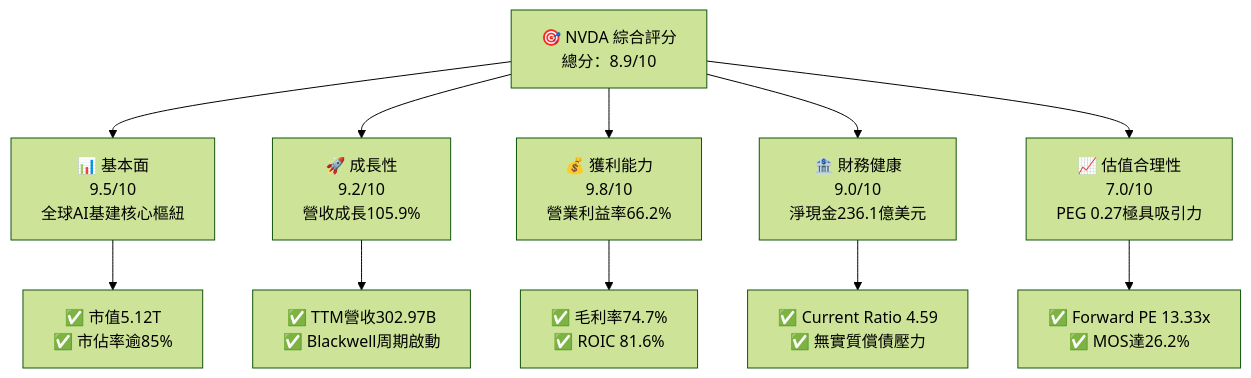
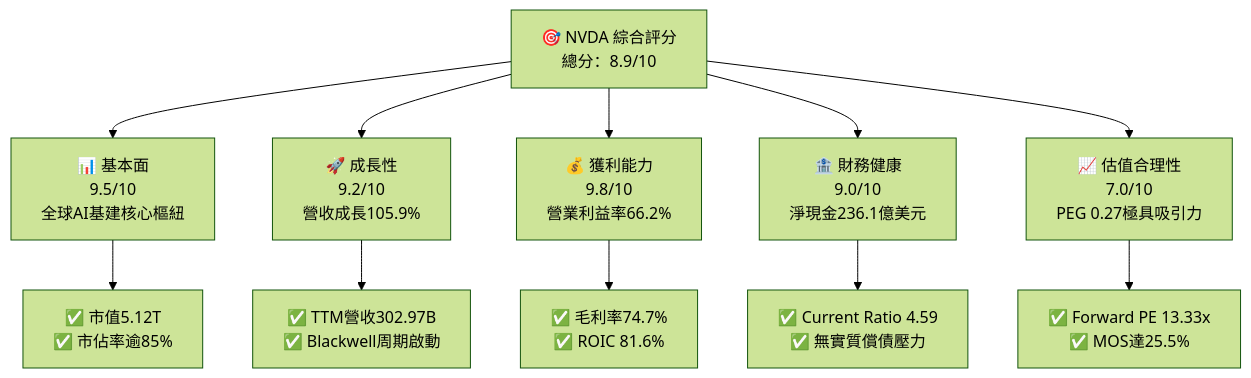
Before and after one commit to yennanliu/finance_data: the first of 15 diagrams in ai_gen_report/fundamental/nvda/fundamental_analysis_2026-10-22_gemini.md, drawn with Mermaid (forest theme). The commit also changed other lines of this file and 339 other files, not shown here.

````diff
--- a/ai_gen_report/fundamental/nvda/fundamental_analysis_2026-10-22_gemini.md
+++ b/ai_gen_report/fundamental/nvda/fundamental_analysis_2026-10-22_gemini.md
@@ -58,22 +65,22 @@
 ```mermaid
 graph TD
     TICKER["🎯 NVDA 綜合評分<br/>總分：8.9/10"]
 
     F["📊 基本面<br/>9.5/10<br/>全球AI基建核心樞紐"]
     G["🚀 成長性<br/>9.2/10<br/>營收成長105.9%"]
     P["💰 獲利能力<br/>9.8/10<br/>營業利益率66.2%"]
     B["🏦 財務健康<br/>9.0/10<br/>淨現金236.1億美元"]
     V["📈 估值合理性<br/>7.0/10<br/>PEG 0.27極具吸引力"]
 
     TICKER --> F
     TICKER --> G
     TICKER --> P
     TICKER --> B
     TICKER --> V
 
     F --> F1["✅ 市值5.12T<br/>✅ 市佔率逾85%"]
     G --> G1["✅ TTM營收302.97B<br/>✅ Blackwell周期啟動"]
     P --> P1["✅ 毛利率74.7%<br/>✅ ROIC 81.6%"]
     B --> B1["✅ Current Ratio 4.59<br/>✅ 無實質償債壓力"]
-    V --> V1["✅ Forward PE 13.33x<br/>✅ MOS達26.2%"]
+    V --> V1["✅ Forward PE 13.33x<br/>✅ MOS達25.5%"]
 ```
````
